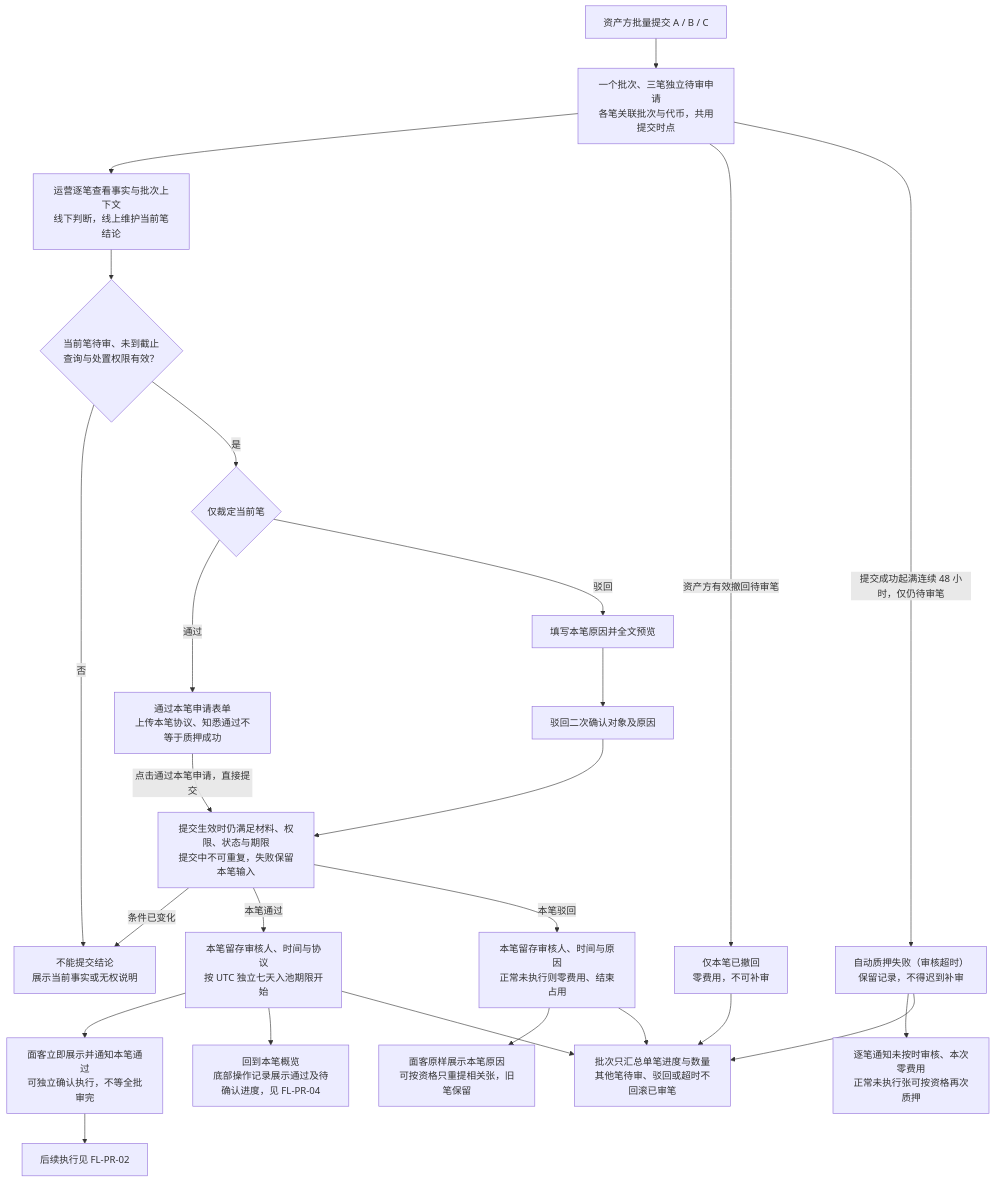
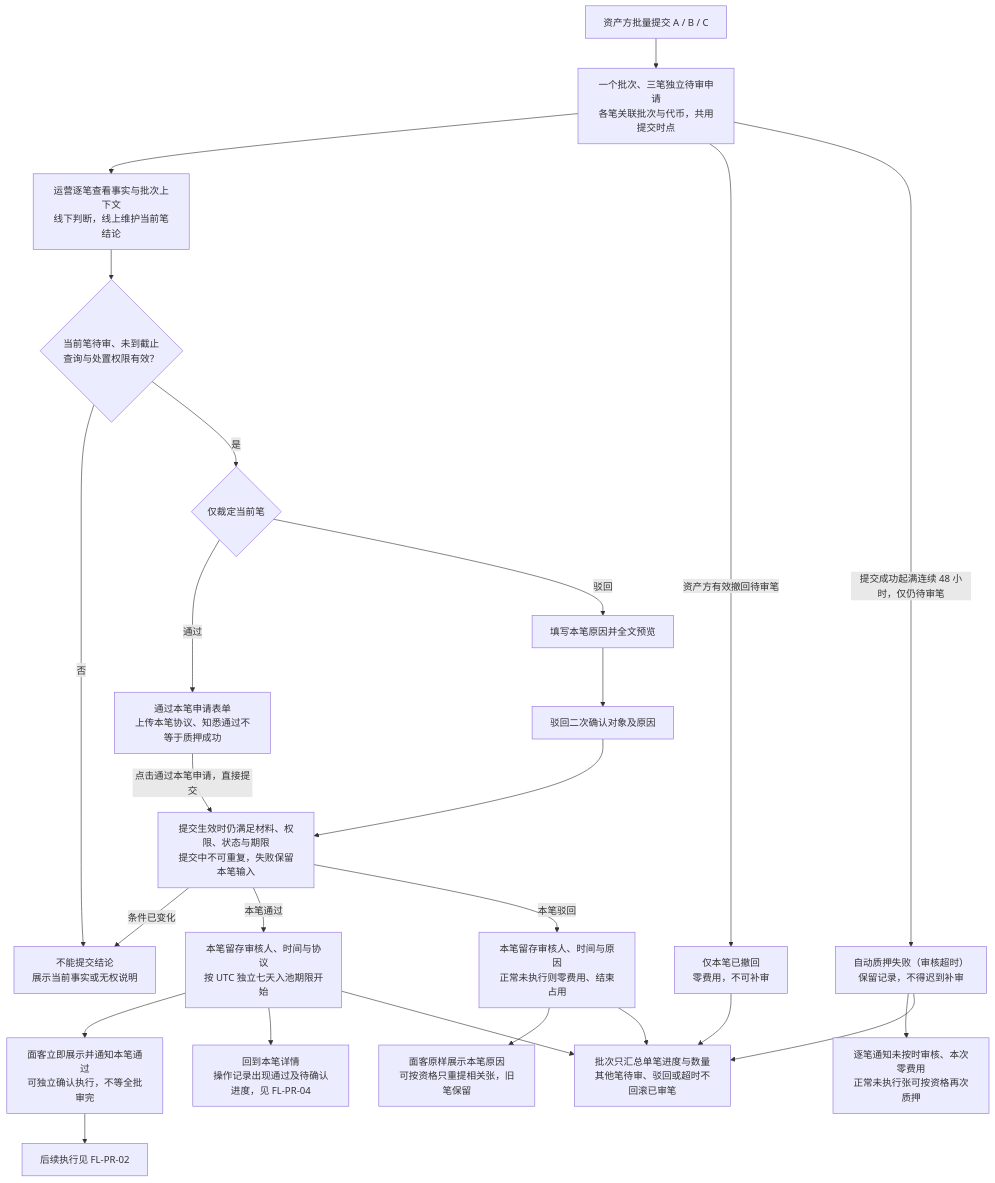
One commit to wxblockchain/Chain-Financing changed the first of 6 diagrams in lending-platform/PRD/v1.0-代币质押审核/02-代币质押审核-流程图与状态机.md. Above: the diagram before and after it, drawn with Mermaid. The commit also changed other lines of this file and 4 other files, not shown here.

````diff
--- a/lending-platform/PRD/v1.0-代币质押审核/02-代币质押审核-流程图与状态机.md
+++ b/lending-platform/PRD/v1.0-代币质押审核/02-代币质押审核-流程图与状态机.md
@@ -23,27 +24,27 @@
 ```mermaid
 flowchart TD
   A["资产方批量提交 A / B / C"] --> B["一个批次、三笔独立待审申请<br/>各笔关联批次与代币，共用提交时点"]
   B --> C["运营逐笔查看事实与批次上下文<br/>线下判断，线上维护当前笔结论"]
   C --> D{"当前笔待审、未到截止<br/>查询与处置权限有效？"}
   D -- "否" --> E["不能提交结论<br/>展示当前事实或无权说明"]
   D -- "是" --> F{"仅裁定当前笔"}
   F -- "通过" --> G["通过本笔申请表单<br/>上传本笔协议、知悉通过不等于质押成功"]
   F -- "驳回" --> H["填写本笔原因并全文预览"]
   G -- "点击通过本笔申请，直接提交" --> I["提交生效时仍满足材料、权限、状态与期限<br/>提交中不可重复，失败保留本笔输入"]
   H --> R["驳回二次确认对象及原因"]
   R --> I
   I -- "条件已变化" --> E
   I -- "本笔通过" --> J["本笔留存审核人、时间与协议<br/>按 UTC 独立七天入池期限开始"]
   I -- "本笔驳回" --> K["本笔留存审核人、时间与原因<br/>正常未执行则零费用、结束占用"]
   J --> L["面客立即展示并通知本笔通过<br/>可独立确认执行，不等全批审完"]
   L --> X["后续执行见 FL-PR-02"]
   K --> M["面客原样展示本笔原因<br/>可按资格只重提相关张，旧笔保留"]
   B -- "资产方有效撤回待审笔" --> N["仅本笔已撤回<br/>零费用，不可补审"]
   B -- "提交成功起满连续 48 小时，仅仍待审笔" --> O["自动质押失败（审核超时）<br/>保留记录，不得迟到补审"]
   O --> P["逐笔通知未按时审核、本次零费用<br/>正常未执行张可按资格再次质押"]
-  J --> V["回到本笔概览<br/>底部操作记录展示通过及待确认进度，见 FL-PR-04"]
+  J --> V["回到本笔详情<br/>操作记录出现通过及待确认进度，见 FL-PR-04"]
   J --> Q["批次只汇总单笔进度与数量<br/>其他笔待审、驳回或超时不回滚已审笔"]
   K --> Q
   N --> Q
   O --> Q
 ```
````
